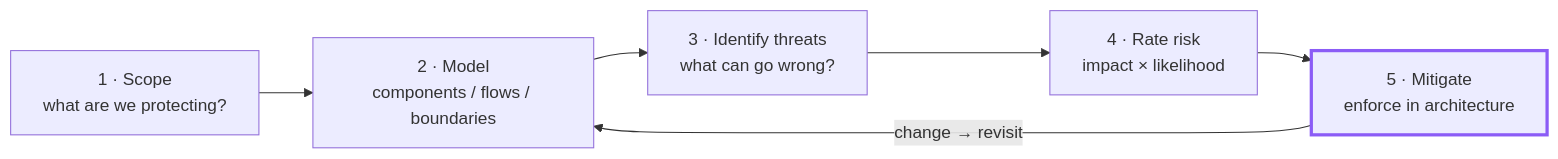
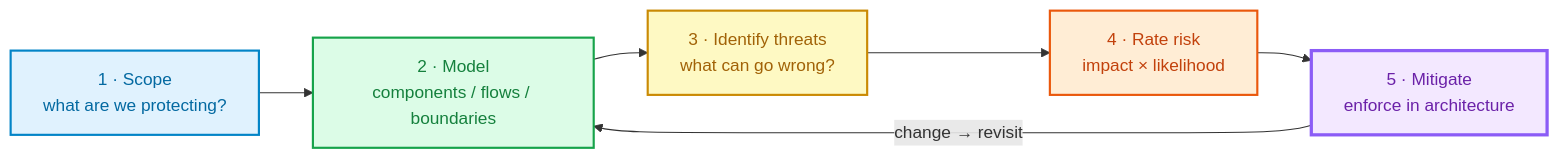
One commit to kamaldhingra1/ase-explorer-app changed the diagram in training/diagrams/five-step-loop.mmd. Above: the diagram before and after it, drawn with Mermaid. The commit also changed 29 other files, not shown here.

```diff
--- a/training/diagrams/five-step-loop.mmd
+++ b/training/diagrams/five-step-loop.mmd
@@ -1,9 +1,15 @@
 flowchart LR
-  A["1 · Scope<br/>what are we protecting?"]
-  B["2 · Model<br/>components / flows / boundaries"]
-  C["3 · Identify threats<br/>what can go wrong?"]
-  D["4 · Rate risk<br/>impact × likelihood"]
-  E["5 · Mitigate<br/>enforce in architecture"]
-  A --> B --> C --> D --> E
-  E -->|"change → revisit"| B
-  style E stroke:#8B5CF6,stroke-width:3px
+    A[ 1 · Scope<br/>what are we protecting? ]
+    B[ 2 · Model<br/>components / flows / boundaries ]
+    C[ 3 · Identify threats<br/>what can go wrong? ]
+    D[ 4 · Rate risk<br/>impact × likelihood ]
+    E[ 5 · Mitigate<br/>enforce in architecture ]
+    
+    A --> B --> C --> D --> E
+    E -->| change → revisit | B
+    
+    style A fill:#E0F2FE,stroke:#0284C7,stroke-width:2px,color:#0369A1
+    style B fill:#DCFCE7,stroke:#16A34A,stroke-width:2px,color:#15803D
+    style C fill:#FEF9C3,stroke:#CA8A04,stroke-width:2px,color:#A16207
+    style D fill:#FFEDD5,stroke:#EA580C,stroke-width:2px,color:#C2410C
+    style E fill:#F3E8FF,stroke:#8B5CF6,stroke-width:3px,color:#6B21A8
```
